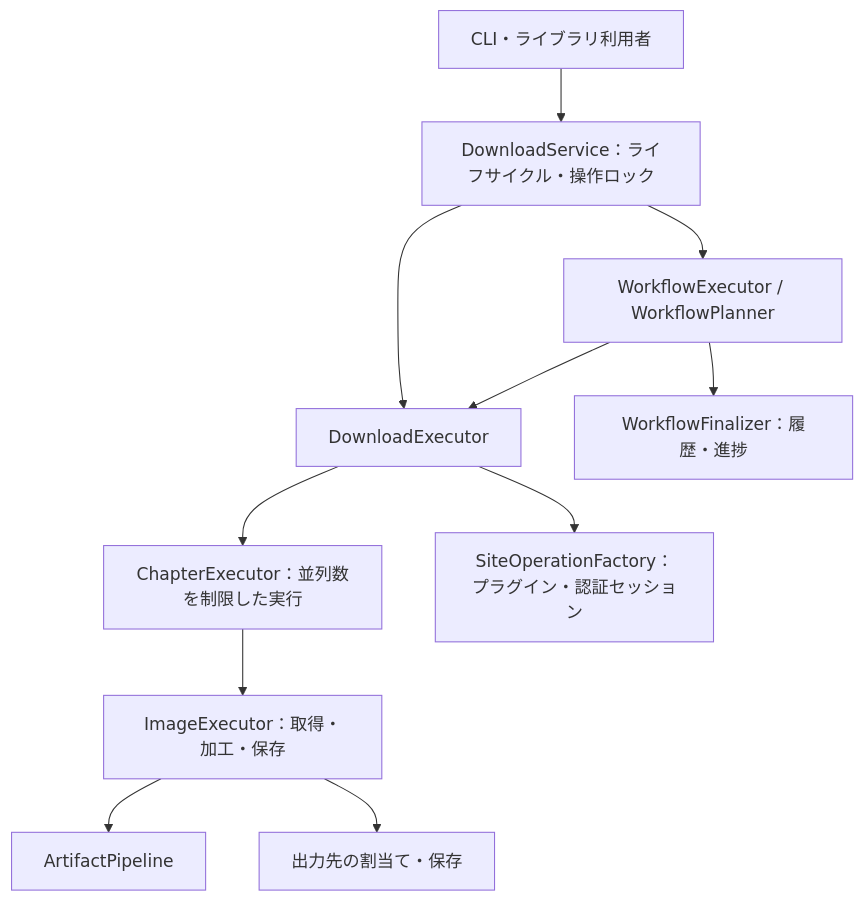
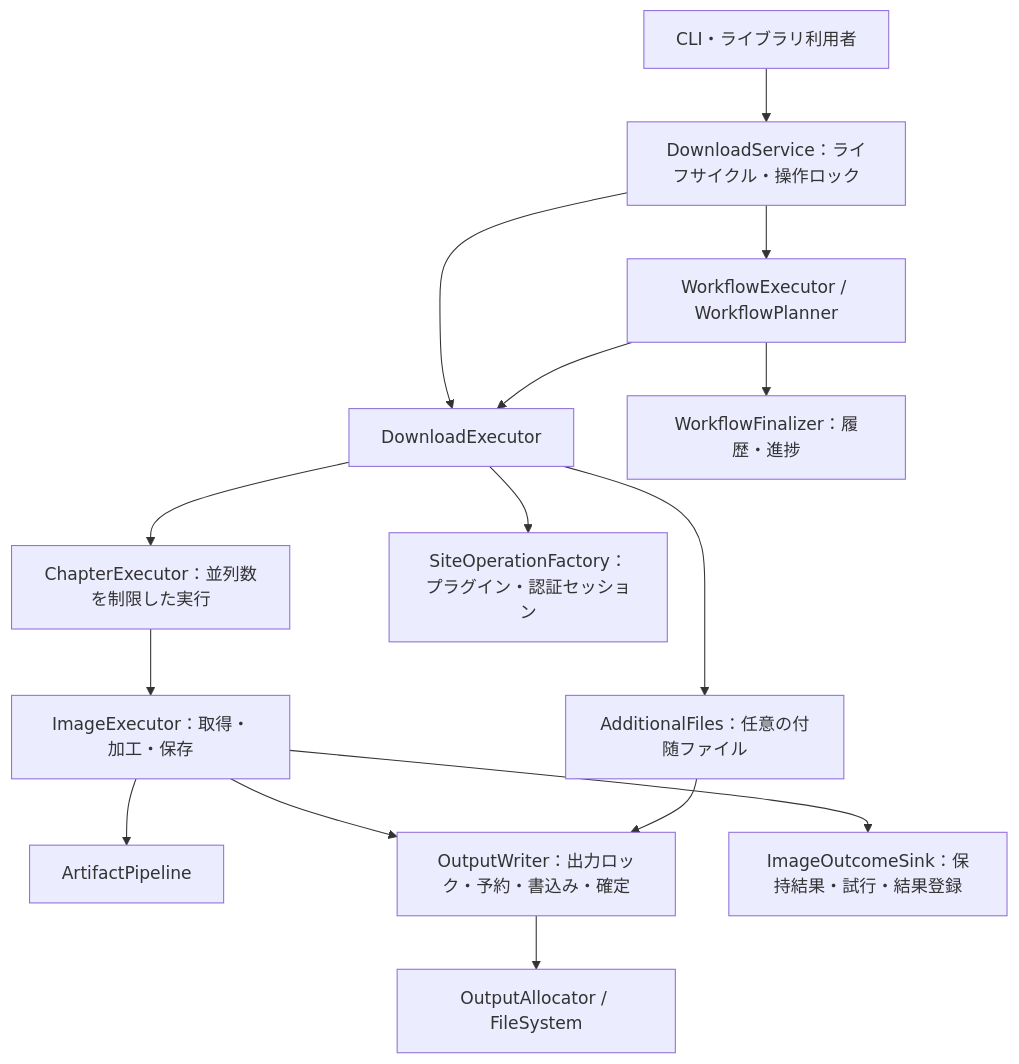
Before and after one commit to GlassLeaf/image_downloader: the diagram in docs/v3/maintenance/architecture.md, drawn with Mermaid. The commit also changed other lines of this file and 25 other files, not shown here.

Commit message:
Fix output settlement and harden storage and SMTP boundaries

````diff
--- a/docs/v3/maintenance/architecture.md
+++ b/docs/v3/maintenance/architecture.md
@@ -11,13 +11,17 @@
 ```mermaid
 flowchart TD
     Caller[CLI・ライブラリ利用者] --> Service[DownloadService：ライフサイクル・操作ロック]
     Service --> Workflow[WorkflowExecutor / WorkflowPlanner]
     Service --> Download[DownloadExecutor]
     Workflow --> Download
     Workflow --> Finalizer[WorkflowFinalizer：履歴・進捗]
     Download --> Chapters[ChapterExecutor：並列数を制限した実行]
     Chapters --> Images[ImageExecutor：取得・加工・保存]
     Images --> Pipeline[ArtifactPipeline]
-    Images --> Storage[出力先の割当て・保存]
+    Images --> Writer[OutputWriter：出力ロック・予約・書込み・確定]
+    Download --> Additional[AdditionalFiles：任意の付随ファイル]
+    Additional --> Writer
+    Images --> Outcomes[ImageOutcomeSink：保持結果・試行・結果登録]
+    Writer --> Storage[OutputAllocator / FileSystem]
     Download --> Site[SiteOperationFactory：プラグイン・認証セッション]
 ```
````
